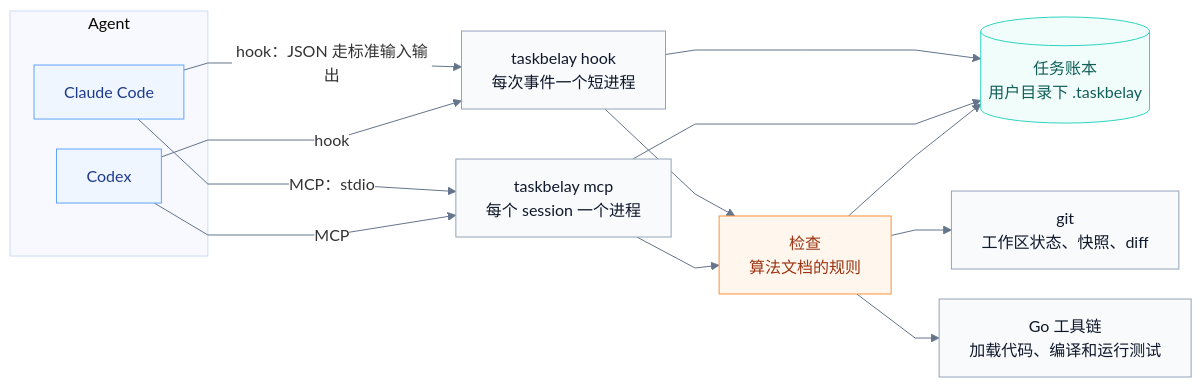
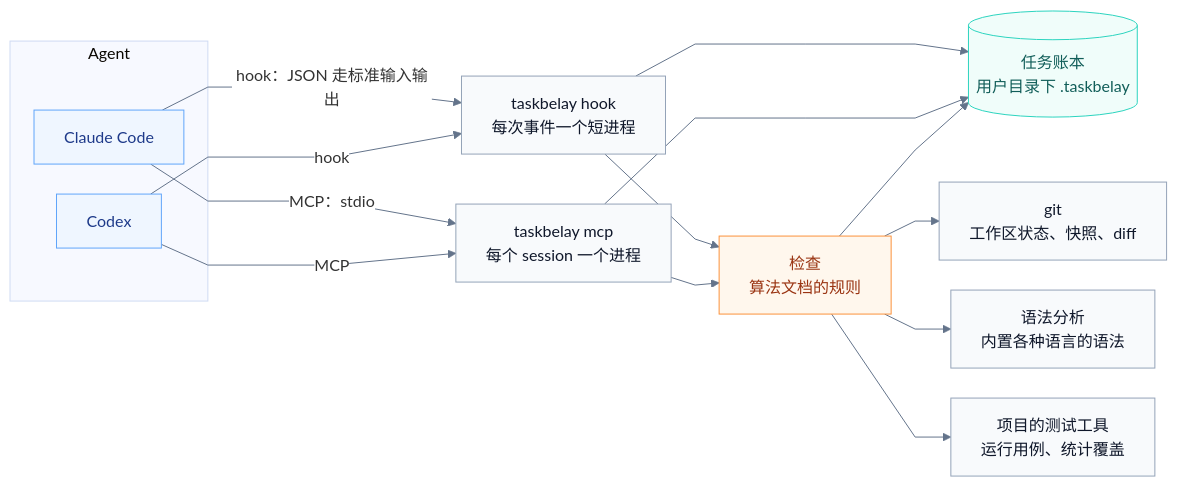
Before and after one commit to Innocent-children/TaskBelay: the first of 3 diagrams in docs/product-architecture.md, drawn with Mermaid. The commit also changed other lines of this file and 46 other files, not shown here.

````diff
--- a/docs/product-architecture.md
+++ b/docs/product-architecture.md
@@ -9,31 +9,32 @@
 ```mermaid
 %%{init: {"theme": "base", "themeVariables": {"fontFamily": "PingFang SC, Microsoft YaHei, sans-serif", "fontSize": "16px", "edgeLabelBackground": "#ffffff", "lineColor": "#64748b"}, "flowchart": {"curve": "linear", "nodeSpacing": 30, "rankSpacing": 48}}}%%
 flowchart LR
     subgraph AGENTS["Agent"]
         CC["Claude Code"]
         CX["Codex"]
     end
 
     CC -->|"hook：JSON 走标准输入输出"| HOOK["taskbelay hook<br/>每次事件一个短进程"]
     CX -->|"hook"| HOOK
     CC -->|"MCP：stdio"| MCP["taskbelay mcp<br/>每个 session 一个进程"]
     CX -->|"MCP"| MCP
 
     HOOK --> CHECK["检查<br/>算法文档的规则"]
     MCP --> CHECK
     HOOK --> LEDGER[("任务账本<br/>用户目录下 .taskbelay")]
     MCP --> LEDGER
     CHECK --> LEDGER
     CHECK --> GIT["git<br/>工作区状态、快照、diff"]
-    CHECK --> GO["Go 工具链<br/>加载代码、编译和运行测试"]
+    CHECK --> CODE["语法分析<br/>内置各种语言的语法"]
+    CHECK --> TOOLS["项目的测试工具<br/>运行用例、统计覆盖"]
 
     classDef gray fill:#f8fafc,stroke:#94a3b8,color:#0f172a;
     classDef orange fill:#fff7ed,stroke:#fb923c,color:#9a3412;
     classDef teal fill:#f0fdfa,stroke:#2dd4bf,color:#115e59;
     classDef blue fill:#eff6ff,stroke:#60a5fa,color:#1e3a8a;
     class CC,CX blue;
     class HOOK,MCP gray;
     class CHECK orange;
     class LEDGER teal;
-    class GIT,GO gray;
+    class GIT,CODE,TOOLS gray;
 ```
````
